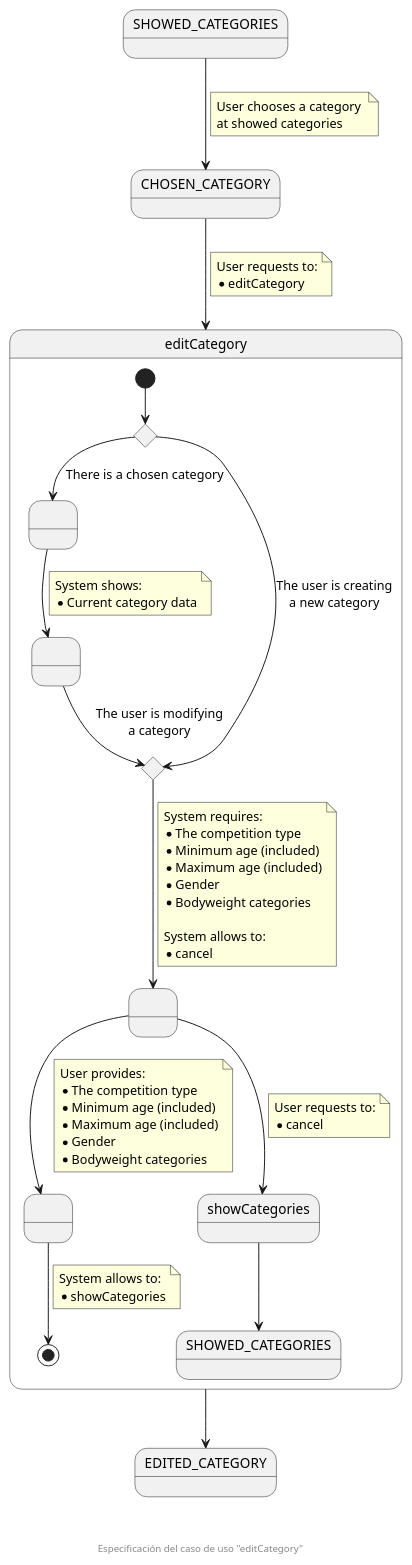
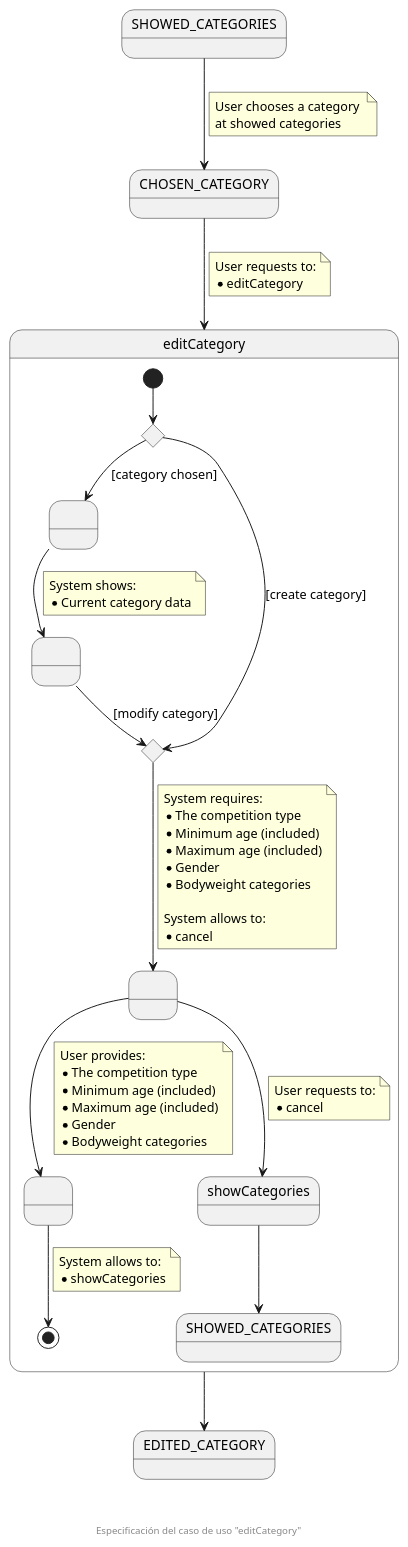
One commit to zuldare/mastercloud_pfm_halterocms changed the diagram in documentation/diagrams/1_requirements/3_useCasesSpecification/organizationSecretary/03_editCategory.puml. Above: the diagram before and after it, drawn with PlantUML.

Commit message:
Added [ ] and a descriptive guard

```diff
--- a/documentation/diagrams/1_requirements/3_useCasesSpecification/organizationSecretary/03_editCategory.puml
+++ b/documentation/diagrams/1_requirements/3_useCasesSpecification/organizationSecretary/03_editCategory.puml
@@ -1,72 +1,72 @@
 @startuml
 state SHOWED_CATEGORIES
 state CHOSEN_CATEGORY
 state editCategory {
   state createOrModifyCHC <<choice>>
   state " " as providedCategory
   state " " as showedData
   state createOrModifyCHC2 <<choice>>
   state " " as pendingData
   state " " as providedData
   [*] --> createOrModifyCHC
-  createOrModifyCHC --> providedCategory : There is a chosen category
-  createOrModifyCHC --> createOrModifyCHC2 : The user is creating\na new category
+  createOrModifyCHC --> providedCategory : [category chosen]
+  createOrModifyCHC --> createOrModifyCHC2 : [create category]
   providedCategory --> showedData
   note on link
     System shows:
     * Current category data
   end note
-  showedData --> createOrModifyCHC2 : The user is modifying\na category
+  showedData --> createOrModifyCHC2 : [modify category]
   createOrModifyCHC2 --> pendingData
   note on link
     System requires:
     * The competition type
     * Minimum age (included)
     * Maximum age (included)
     * Gender
     * Bodyweight categories
 
     System allows to:
     * cancel
   end note
   pendingData --> showCategories
   note on link
     User requests to:
     * cancel
   end note
   showCategories --> SHOWED_CATEGORIES_F
   pendingData --> providedData
   note on link
     User provides:
     * The competition type
     * Minimum age (included)
     * Maximum age (included)
     * Gender
     * Bodyweight categories
   end note
   providedData --> [*]
   note on link
     System allows to:
     * showCategories
   end note
 }
 state EDITED_CATEGORY
 state showCategories
 state "SHOWED_CATEGORIES" as SHOWED_CATEGORIES_F
 
 SHOWED_CATEGORIES --> CHOSEN_CATEGORY
 note on link
   User chooses a category 
   at showed categories
 end note
 
 CHOSEN_CATEGORY --> editCategory
 note on link
   User requests to:
   * editCategory
 end note
 
 editCategory --> EDITED_CATEGORY
 
 footer \n\n\n Especificación del caso de uso "editCategory"
 @enduml
```
